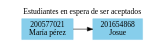
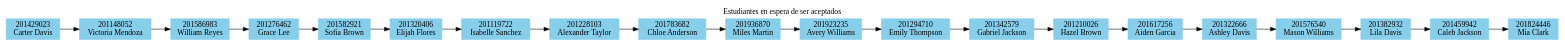
Before and after one commit to rubenralda/EDD_1S2023_PY_202111835: the diagram in EDD_Proyecto1_Fase1/textos/colaPendientes.dot, drawn with Graphviz. The commit also changed 4 other files, not shown here.

```diff
--- a/EDD_Proyecto1_Fase1/textos/colaPendientes.dot
+++ b/EDD_Proyecto1_Fase1/textos/colaPendientes.dot
@@ -1,10 +1,28 @@
 digraph G{
 
 rankdir=LR; 
  node[shape=rectangle, style=filled, color=skyBlue, fontname="Century Gothic"]; 
  graph [fontname="Century Gothic"]; 
  labelloc="t"; label="Estudiantes en espera de ser aceptados"; 
-0[label="200577021\nMaría pérez"]
-1[label="201654868\nJosue"]
-0 -> 1
+0[label="201429023\nCarter Davis"]
+1[label="201148052\nVictoria Mendoza"]
+2[label="201586983\nWilliam Reyes"]
+3[label="201276462\nGrace Lee"]
+4[label="201582921\nSofia Brown"]
+5[label="201320406\nElijah Flores"]
+6[label="201119722\nIsabelle Sanchez"]
+7[label="201228103\nAlexander Taylor"]
+8[label="201783682\nChloe Anderson"]
+9[label="201936870\nMiles Martin"]
+10[label="201923235\nAvery Williams"]
+11[label="201294710\nEmily Thompson"]
+12[label="201342579\nGabriel Jackson"]
+13[label="201210026\nHazel Brown"]
+14[label="201617256\nAiden Garcia"]
+15[label="201322666\nAshley Davis"]
+16[label="201576540\nMason Williams"]
+17[label="201382932\nLila Davis"]
+18[label="201459942\nCaleb Jackson"]
+19[label="201824446\nMia Clark"]
+0 -> 1 -> 2 -> 3 -> 4 -> 5 -> 6 -> 7 -> 8 -> 9 -> 10 -> 11 -> 12 -> 13 -> 14 -> 15 -> 16 -> 17 -> 18 -> 19
 }
```
